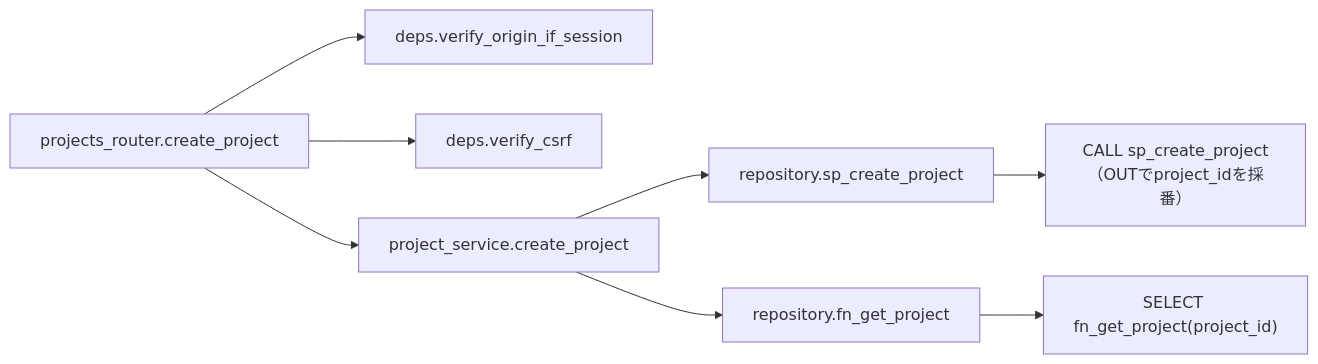
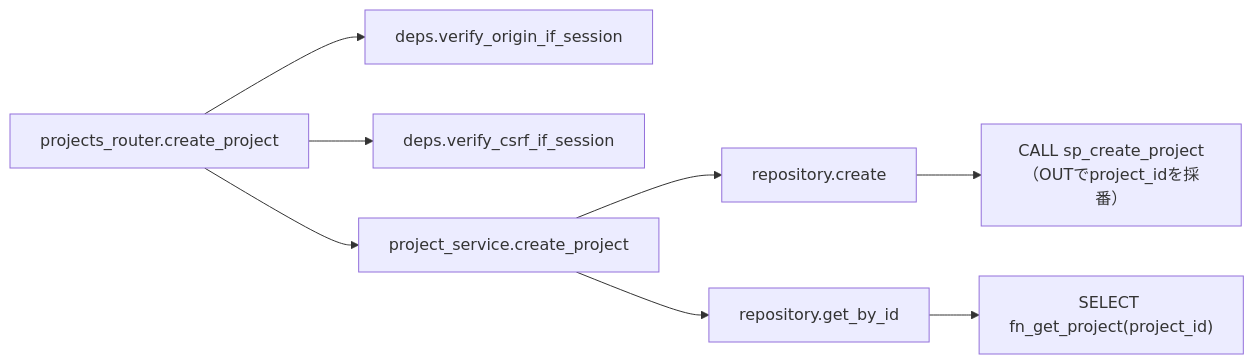
The third of 4 diagrams in docs/detailed_design/api/projects/02_post_projects.md (oikawa-d/task_management), drawn with Mermaid before and after one commit. The commit also changed other lines of this file and 8 other files, not shown here.

````diff
--- a/docs/detailed_design/api/projects/02_post_projects.md
+++ b/docs/detailed_design/api/projects/02_post_projects.md
@@ -200,10 +200,10 @@
 ```mermaid
 flowchart LR
     R["projects_router.create_project"] --> D1["deps.verify_origin_if_session"]
-    R --> D2["deps.verify_csrf"]
+    R --> D2["deps.verify_csrf_if_session"]
     R --> S["project_service.create_project"]
-    S --> RP1["repository.sp_create_project"]
+    S --> RP1["repository.create"]
     RP1 --> SP["CALL sp_create_project（OUTでproject_idを採番）"]
-    S --> RP2["repository.fn_get_project"]
+    S --> RP2["repository.get_by_id"]
     RP2 --> FN["SELECT fn_get_project(project_id)"]
 ```
````
